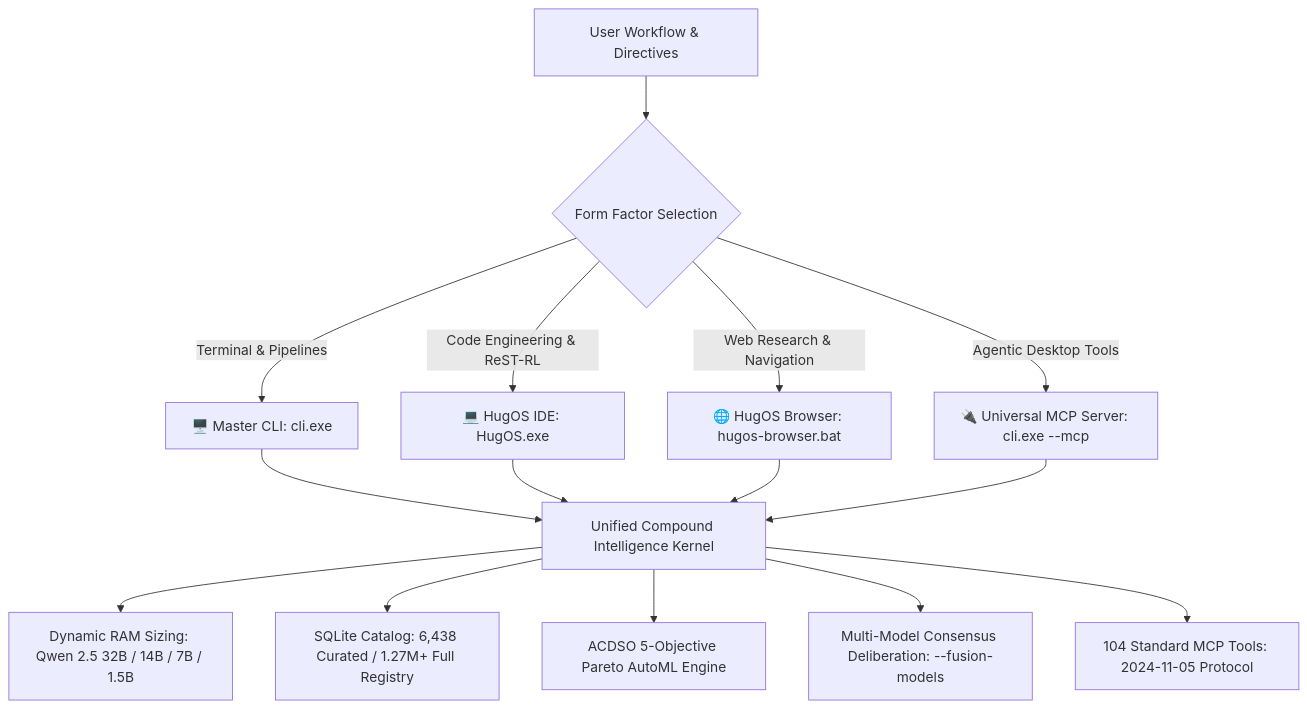
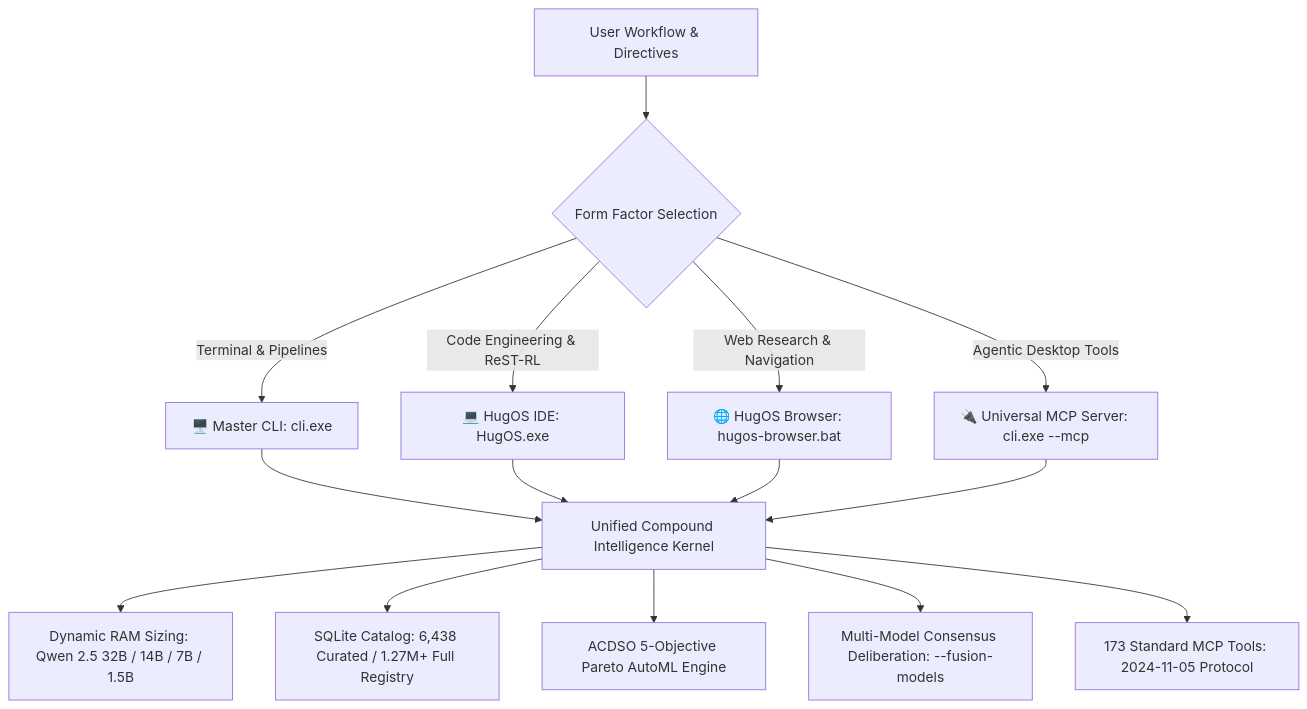
Before and after one commit to oyesanyf/ModelFusion: the first of 5 diagrams in README.md, drawn with Mermaid. The commit also changed other lines of this file and 4 other files, not shown here.

````diff
--- a/README.md
+++ b/README.md
@@ -37,20 +37,20 @@
 ```mermaid
 graph TD
     A[User Workflow & Directives] --> B{Form Factor Selection}
     
     B -->|Terminal & Pipelines| P1[🖥️ Master CLI: cli.exe]
     B -->|Code Engineering & ReST-RL| P2[💻 HugOS IDE: HugOS.exe]
     B -->|Web Research & Navigation| P3[🌐 HugOS Browser: hugos-browser.bat]
     B -->|Agentic Desktop Tools| P4[🔌 Universal MCP Server: cli.exe --mcp]
     
     P1 --> K[Unified Compound Intelligence Kernel]
     P2 --> K
     P3 --> K
     P4 --> K
     
     K --> M1[Dynamic RAM Sizing: Qwen 2.5 32B / 14B / 7B / 1.5B]
     K --> M2[SQLite Catalog: 6,438 Curated / 1.27M+ Full Registry]
     K --> M3[ACDSO 5-Objective Pareto AutoML Engine]
     K --> M4[Multi-Model Consensus Deliberation: --fusion-models]
-    K --> M5[104 Standard MCP Tools: 2024-11-05 Protocol]
+    K --> M5[173 Standard MCP Tools: 2024-11-05 Protocol]
 ```
````
